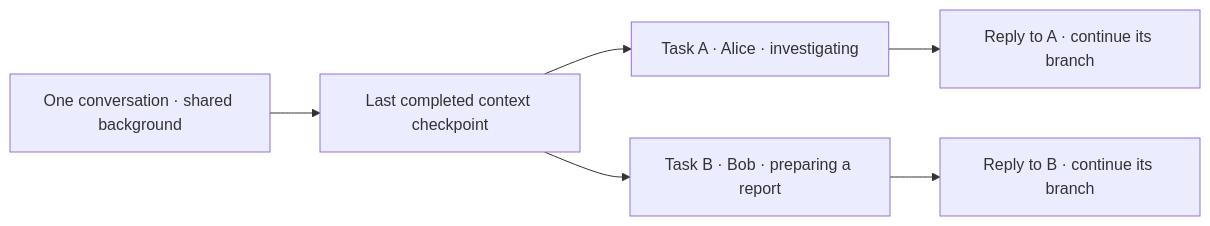
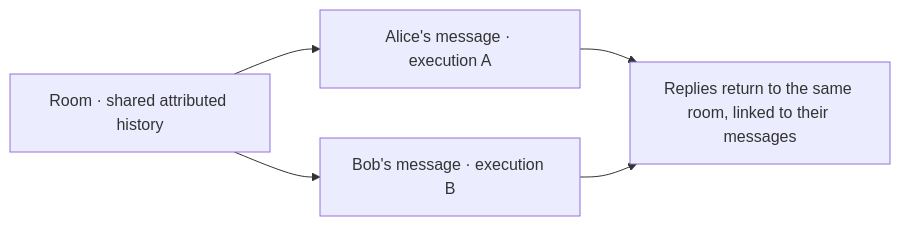
One commit to zhoushoujianwork/Agent-Host changed the diagram in docs/conversation-branches.md. Above: the diagram before and after it, drawn with Mermaid. The commit also changed other lines of this file and 2 other files, not shown here.

Commit message:
docs: route concurrent requests by room and attribute speakers

````diff
--- a/docs/conversation-branches.md
+++ b/docs/conversation-branches.md
@@ -12,8 +13,7 @@
 ```mermaid
 flowchart LR
-  C["One conversation · shared background"] --> P["Last completed context checkpoint"]
-  P --> A["Task A · Alice · investigating"]
-  P --> B["Task B · Bob · preparing a report"]
-  A --> A2["Reply to A · continue its branch"]
-  B --> B2["Reply to B · continue its branch"]
+  R["Room · shared attributed history"] --> A["Alice's message · execution A"]
+  R --> B["Bob's message · execution B"]
+  A --> O["Replies return to the same room, linked to their messages"]
+  B --> O
 ```
````
